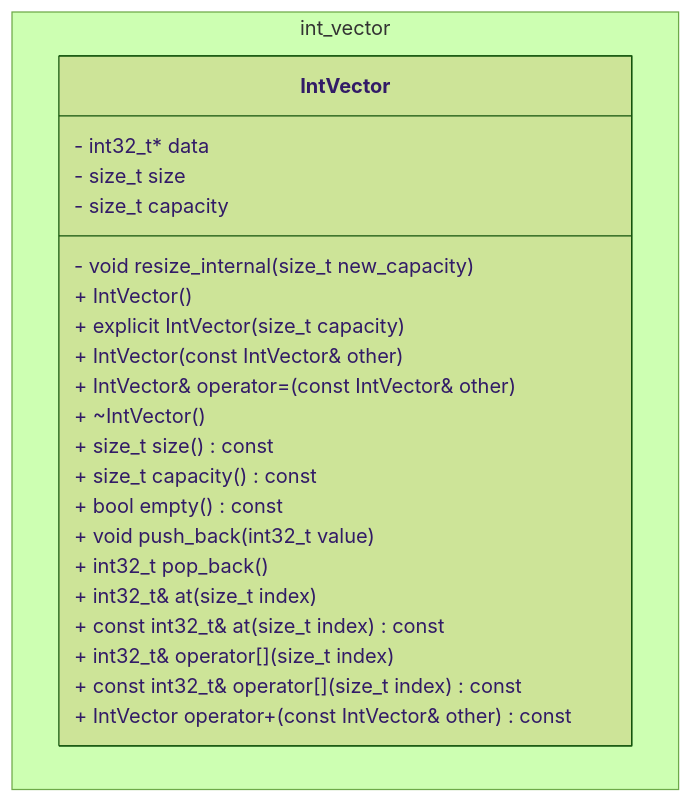
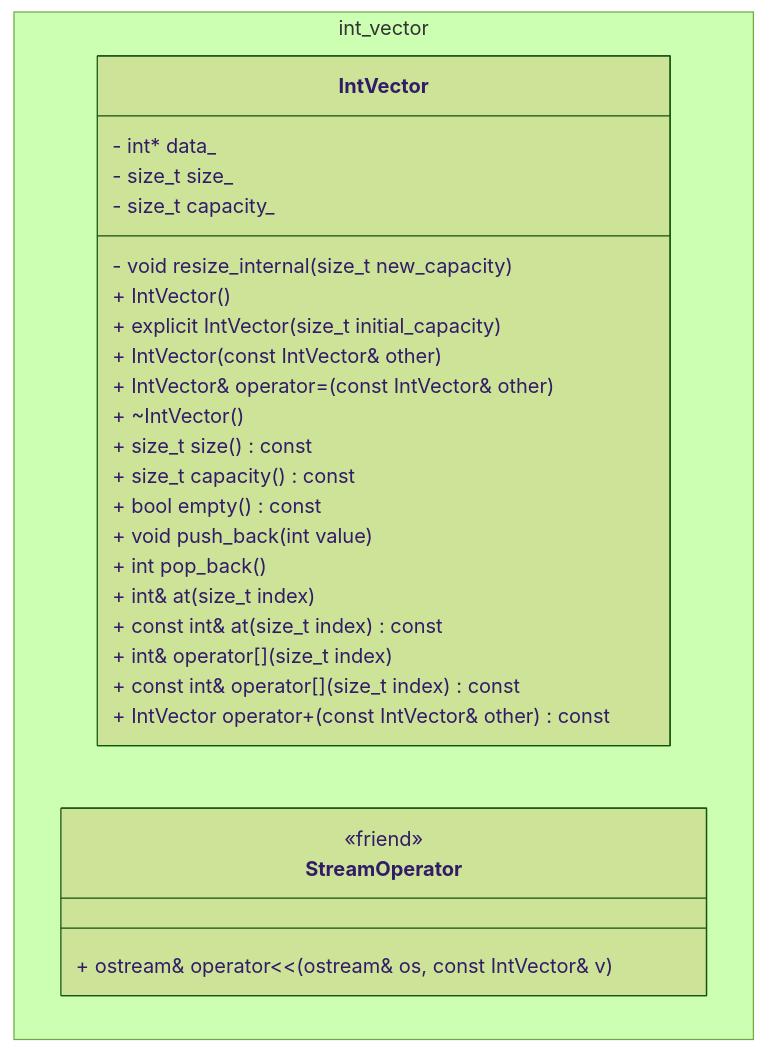
Before and after one commit to DavidRin/int_vector: the diagram in README.md, drawn with Mermaid (forest theme).

Commit message:
update mermaid diagram

````diff
--- a/README.md
+++ b/README.md
@@ -7,30 +7,35 @@
 ```mermaid
 classDiagram
     namespace int_vector {
         class IntVector {
-            - int32_t* data
-            - size_t size
-            - size_t capacity
+            - int* data_
+            - size_t size_
+            - size_t capacity_
             - void resize_internal(size_t new_capacity)
             
             + IntVector()
-            + explicit IntVector(size_t capacity)
+            + explicit IntVector(size_t initial_capacity)
             + IntVector(const IntVector& other)
             + IntVector& operator=(const IntVector& other)
             + ~IntVector()
             
             + size_t size() const
             + size_t capacity() const
             + bool empty() const
             
-            + void push_back(int32_t value)
-            + int32_t pop_back()
-            + int32_t& at(size_t index)
-            + const int32_t& at(size_t index) const
-            + int32_t& operator[](size_t index)
-            + const int32_t& operator[](size_t index) const
+            + void push_back(int value)
+            + int pop_back()
+            + int& at(size_t index)
+            + const int& at(size_t index) const
+            + int& operator[](size_t index)
+            + const int& operator[](size_t index) const
             
             + IntVector operator+(const IntVector& other) const
         }
+
+        class StreamOperator {
+            <<friend>>
+            + ostream& operator<<(ostream& os, const IntVector& v)
+        }
     }
 ```
````
